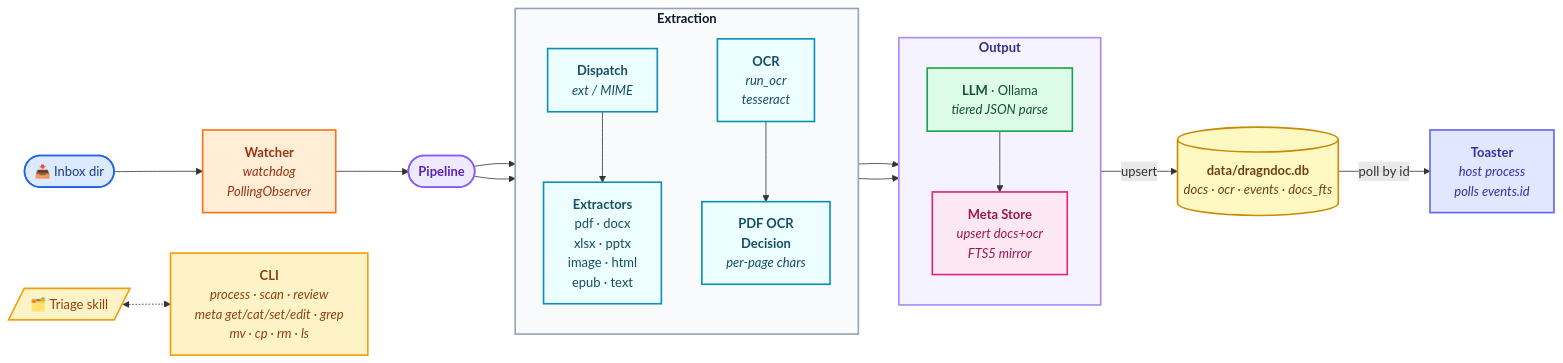
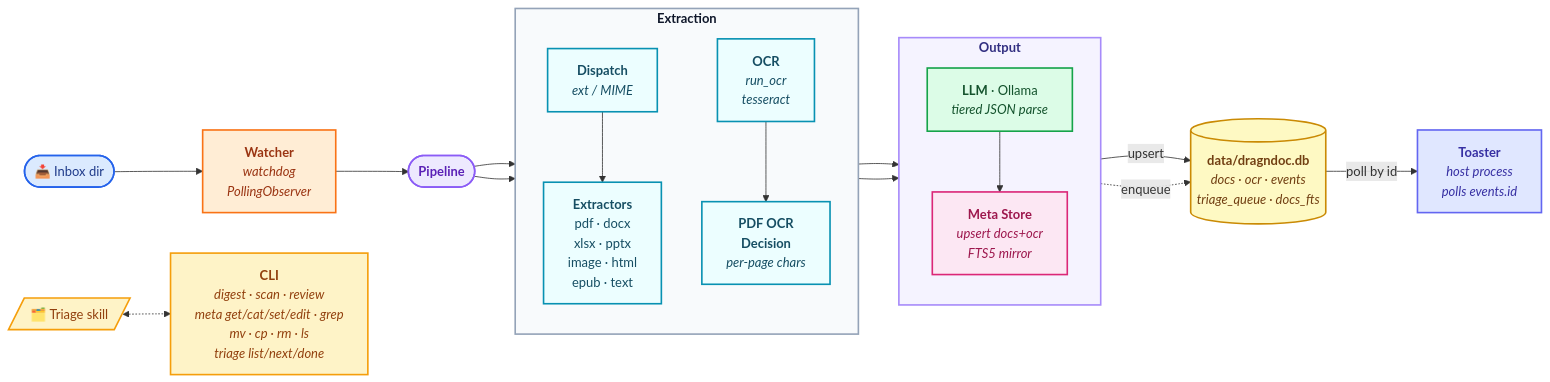
One commit to talraveh1/automafile changed the diagram in architecture.md. Above: the diagram before and after it, drawn with Mermaid. The commit also changed other lines of this file and 15 other files, not shown here.

````diff
--- a/architecture.md
+++ b/architecture.md
@@ -3,46 +3,47 @@
 ```mermaid
 flowchart LR
    inbox(["📥 Inbox dir"]):::source
    watcher["<b>Watcher</b><br/><i>watchdog<br/>PollingObserver</i>"]:::watch
    pipeline(["<b>Pipeline</b>"]):::core
 
    subgraph extract ["<b>Extraction</b>"]
       direction TB
       dispatch["<b>Dispatch</b><br/><i>ext / MIME</i>"]:::stage
       extractors["<b>Extractors</b><br/>pdf · docx<br/>xlsx · pptx<br/>image · html<br/>epub · text"]:::stage
       ocr["<b>OCR</b><br/><i>run_ocr<br/>tesseract</i>"]:::stage
       ocr_decision["<b>PDF OCR<br/>Decision</b><br/><i>per-page chars</i>"]:::stage
    end
 
    subgraph output ["<b>Output</b>"]
       direction TB
       llm["<b>LLM</b> · Ollama<br/><i>tiered JSON parse</i>"]:::ai
       writers["<b>Meta Store</b><br/><i>upsert docs+ocr<br/>FTS5 mirror</i>"]:::write
    end
 
-   db[("<b>data/dragndoc.db</b><br/><i>docs · ocr · events · docs_fts</i>")]:::journal
+   db[("<b>data/dragndoc.db</b><br/><i>docs · ocr · events<br/>triage_queue · docs_fts</i>")]:::journal
    toaster["<b>Toaster</b><br/><i>host process<br/>polls events.id</i>"]:::notify
 
-   cli["<b>CLI</b><br/><i>process · scan · review<br/>meta get/cat/set/edit · grep<br/>mv · cp · rm · ls</i>"]:::tool
+   cli["<b>CLI</b><br/><i>digest · scan · review<br/>meta get/cat/set/edit · grep<br/>mv · cp · rm · ls<br/>triage list/next/done</i>"]:::tool
    triage[/"🗂️ Triage skill"/]:::tool
 
    inbox --> watcher --> pipeline
    pipeline --> dispatch --> extractors --> output
    pipeline --> ocr --> ocr_decision --> output
    llm --> writers
    writers -->|upsert| db
+   writers -.->|enqueue| db
    db -->|poll by id| toaster
    triage <-.-> cli
    style extract fill:#f8fafc,stroke:#94a3b8,stroke-width:2px,color:#0f172a
    style output fill:#f5f3ff,stroke:#a78bfa,stroke-width:2px,color:#312e81
 
    classDef source  fill:#dbeafe,stroke:#2563eb,stroke-width:2px,color:#1e3a8a
    classDef watch   fill:#ffedd5,stroke:#f97316,stroke-width:2px,color:#9a3412
    classDef core    fill:#ede9fe,stroke:#8b5cf6,stroke-width:2px,color:#5b21b6
    classDef stage   fill:#ecfeff,stroke:#0891b2,stroke-width:2px,color:#164e63
    classDef ai      fill:#dcfce7,stroke:#16a34a,stroke-width:2px,color:#14532d
    classDef write   fill:#fce7f3,stroke:#db2777,stroke-width:2px,color:#9d174d
    classDef journal fill:#fef9c3,stroke:#ca8a04,stroke-width:2px,color:#713f12
    classDef notify  fill:#e0e7ff,stroke:#6366f1,stroke-width:2px,color:#3730a3
    classDef tool    fill:#fef3c7,stroke:#f59e0b,stroke-width:2px,color:#92400e
 ```
````
